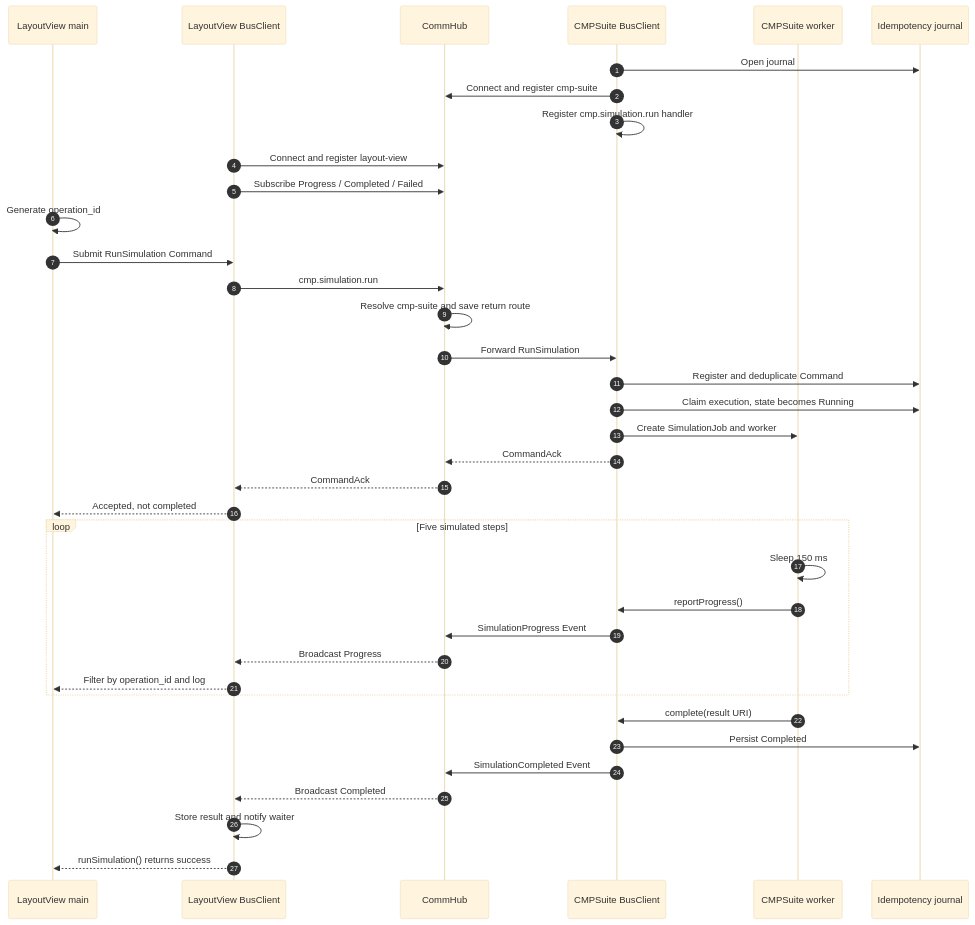
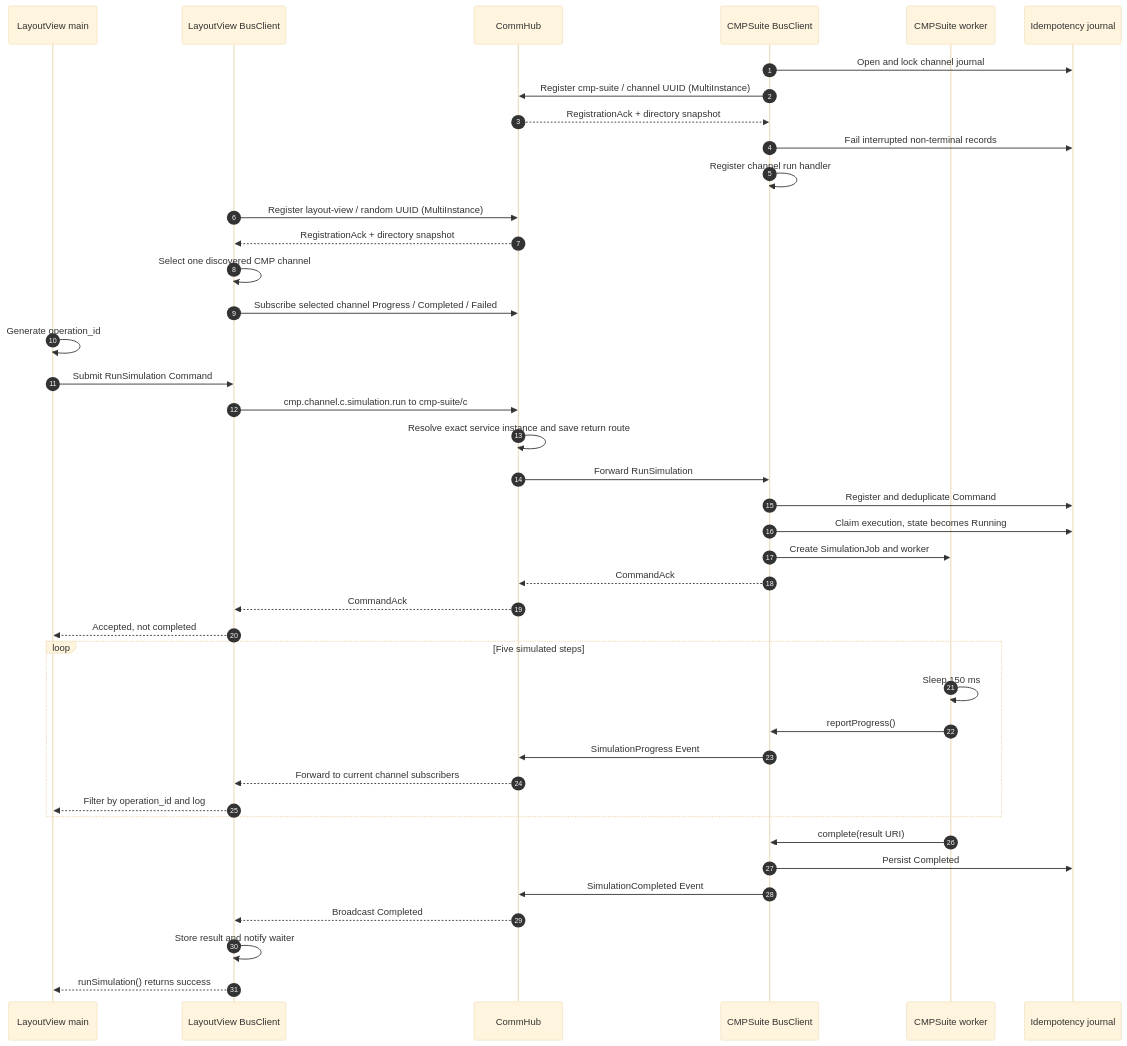
Before and after one commit to yucongxing/IndustrialBus: the second of 5 diagrams in docs/simulated-communication.md, drawn with Mermaid (base theme). The commit also changed other lines of this file and 4 other files, not shown here.

Commit message:
docs(examples): document multi-channel cmp routing

````diff
--- a/docs/simulated-communication.md
+++ b/docs/simulated-communication.md
@@ -78,45 +92,49 @@
 ```mermaid
 sequenceDiagram
     autonumber
     participant LV as LayoutView main
     participant LVB as LayoutView BusClient
     participant HUB as CommHub
     participant CMPB as CMPSuite BusClient
     participant CMP as CMPSuite worker
     participant J as Idempotency journal
 
-    CMPB->>J: Open journal
-    CMPB->>HUB: Connect and register cmp-suite
-    CMPB->>CMPB: Register cmp.simulation.run handler
+    CMPB->>J: Open and lock channel journal
+    CMPB->>HUB: Register cmp-suite / channel UUID (MultiInstance)
+    HUB-->>CMPB: RegistrationAck + directory snapshot
+    CMPB->>J: Fail interrupted non-terminal records
+    CMPB->>CMPB: Register channel run handler
 
-    LVB->>HUB: Connect and register layout-view
-    LVB->>HUB: Subscribe Progress / Completed / Failed
+    LVB->>HUB: Register layout-view / random UUID (MultiInstance)
+    HUB-->>LVB: RegistrationAck + directory snapshot
+    LVB->>LVB: Select one discovered CMP channel
+    LVB->>HUB: Subscribe selected channel Progress / Completed / Failed
 
     LV->>LV: Generate operation_id
     LV->>LVB: Submit RunSimulation Command
-    LVB->>HUB: cmp.simulation.run
-    HUB->>HUB: Resolve cmp-suite and save return route
+    LVB->>HUB: cmp.channel.c.simulation.run to cmp-suite/c
+    HUB->>HUB: Resolve exact service instance and save return route
     HUB->>CMPB: Forward RunSimulation
 
     CMPB->>J: Register and deduplicate Command
     CMPB->>J: Claim execution, state becomes Running
     CMPB->>CMP: Create SimulationJob and worker
     CMPB-->>HUB: CommandAck
     HUB-->>LVB: CommandAck
     LVB-->>LV: Accepted, not completed
 
     loop Five simulated steps
         CMP->>CMP: Sleep 150 ms
         CMP->>CMPB: reportProgress()
         CMPB->>HUB: SimulationProgress Event
-        HUB-->>LVB: Broadcast Progress
+        HUB-->>LVB: Forward to current channel subscribers
         LVB-->>LV: Filter by operation_id and log
     end
 
     CMP->>CMPB: complete(result URI)
     CMPB->>J: Persist Completed
     CMPB->>HUB: SimulationCompleted Event
     HUB-->>LVB: Broadcast Completed
     LVB->>LVB: Store result and notify waiter
     LVB-->>LV: runSimulation() returns success
 ```
````
